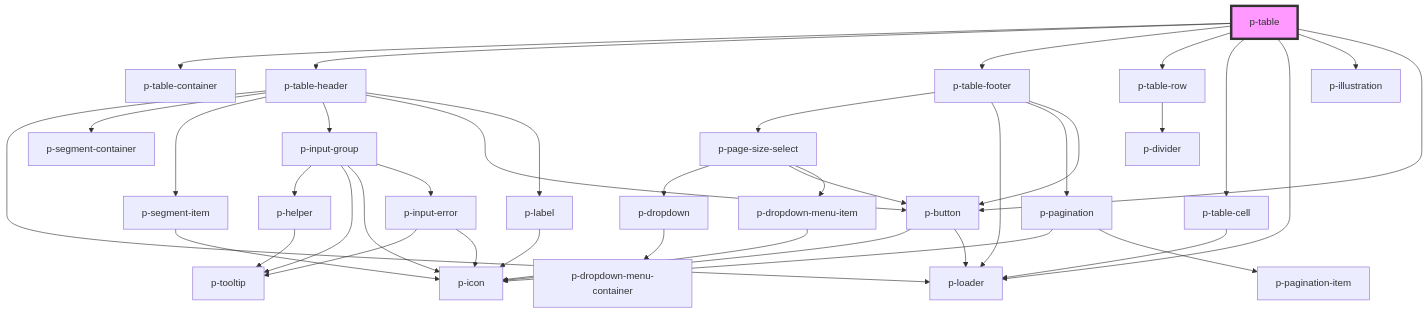
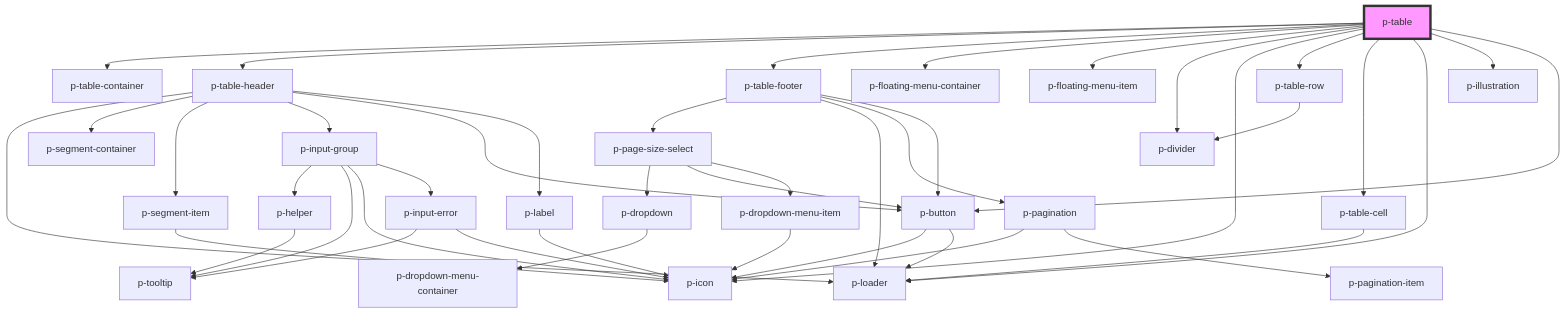
One commit to Employes/paperless changed the diagram in packages/core/src/components/organisms/table/readme.md. Above: the diagram before and after it, drawn with Mermaid. The commit also changed other lines of this file and 25 other files, not shown here.

Commit message:
feat(Organisms/Table): Implement floating menu

````diff
--- a/packages/core/src/components/organisms/table/readme.md
+++ b/packages/core/src/components/organisms/table/readme.md
@@ -85,42 +92,46 @@
 ```mermaid
 graph TD;
   p-table --> p-table-container
   p-table --> p-table-header
   p-table --> p-table-footer
+  p-table --> p-floating-menu-container
+  p-table --> p-floating-menu-item
+  p-table --> p-divider
+  p-table --> p-icon
   p-table --> p-table-row
   p-table --> p-table-cell
   p-table --> p-loader
   p-table --> p-illustration
   p-table --> p-button
   p-table-header --> p-loader
   p-table-header --> p-segment-container
   p-table-header --> p-segment-item
   p-table-header --> p-input-group
   p-table-header --> p-button
   p-table-header --> p-label
   p-segment-item --> p-icon
   p-input-group --> p-helper
   p-input-group --> p-tooltip
   p-input-group --> p-icon
   p-input-group --> p-input-error
   p-helper --> p-tooltip
   p-input-error --> p-tooltip
   p-input-error --> p-icon
   p-button --> p-icon
   p-button --> p-loader
   p-label --> p-icon
   p-table-footer --> p-page-size-select
   p-table-footer --> p-loader
   p-table-footer --> p-pagination
   p-table-footer --> p-button
   p-page-size-select --> p-dropdown
   p-page-size-select --> p-button
   p-page-size-select --> p-dropdown-menu-item
   p-dropdown --> p-dropdown-menu-container
   p-dropdown-menu-item --> p-icon
   p-pagination --> p-icon
   p-pagination --> p-pagination-item
   p-table-row --> p-divider
   p-table-cell --> p-loader
   style p-table fill:#f9f,stroke:#333,stroke-width:4px
 ```
````
